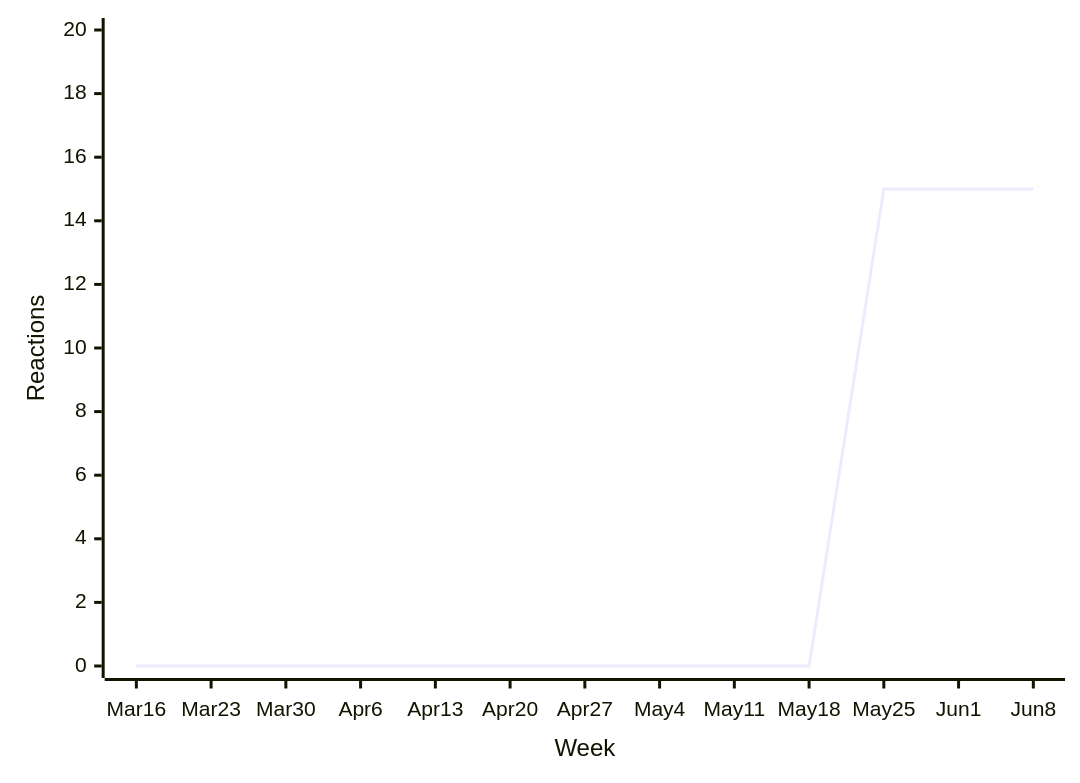
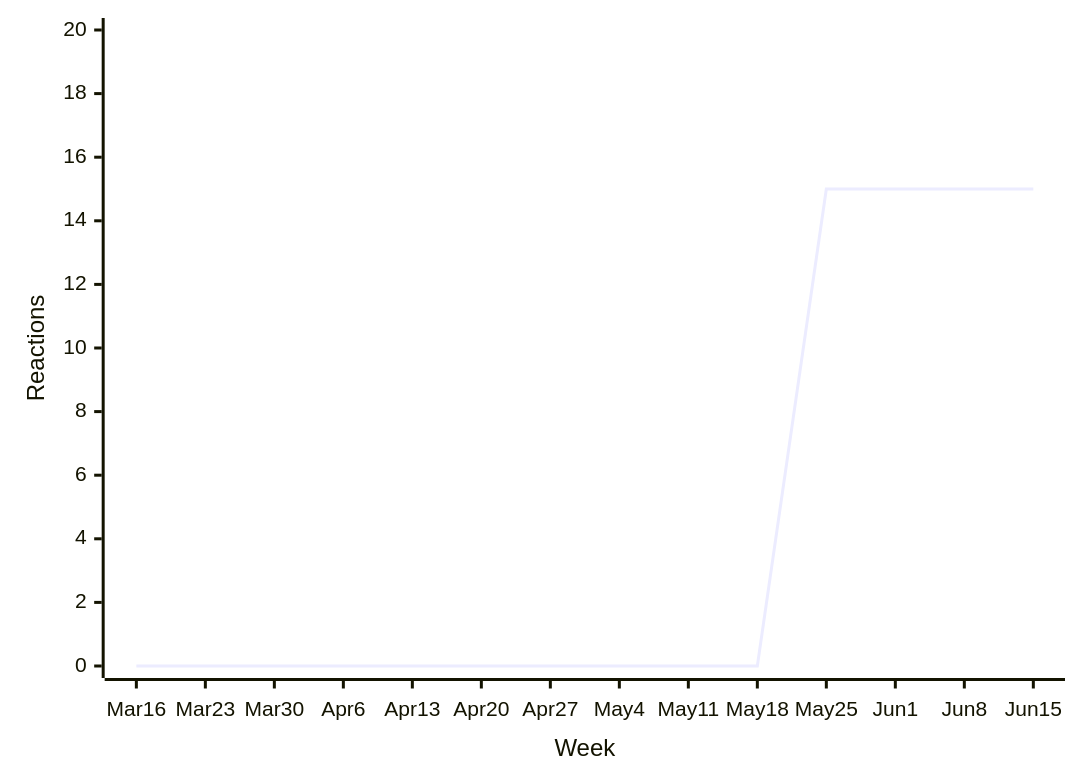
One commit to loic-sharma/github-insights changed diagram 11 of 47 in README.md. Above: the diagram before and after it, drawn with Mermaid. The commit also changed other lines of this file and 3 other files, not shown here.

````diff
--- a/README.md
+++ b/README.md
@@ -509,6 +509,6 @@
   ```mermaid
   xychart-beta
-    x-axis "Week" [Mar 16, Mar 23, Mar 30, Apr 6, Apr 13, Apr 20, Apr 27, May 4, May 11, May 18, May 25, Jun 1, Jun 8]
+    x-axis "Week" [Mar 16, Mar 23, Mar 30, Apr 6, Apr 13, Apr 20, Apr 27, May 4, May 11, May 18, May 25, Jun 1, Jun 8, Jun 15]
     y-axis "Reactions" 0 --> 20
-    line [0, 0, 0, 0, 0, 0, 0, 0, 0, 0, 15, 15, 15]
+    line [0, 0, 0, 0, 0, 0, 0, 0, 0, 0, 15, 15, 15, 15]
   ```
````
